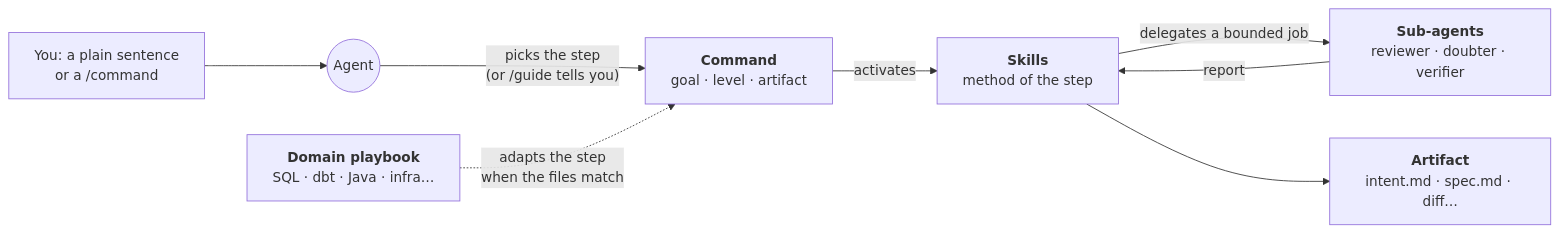
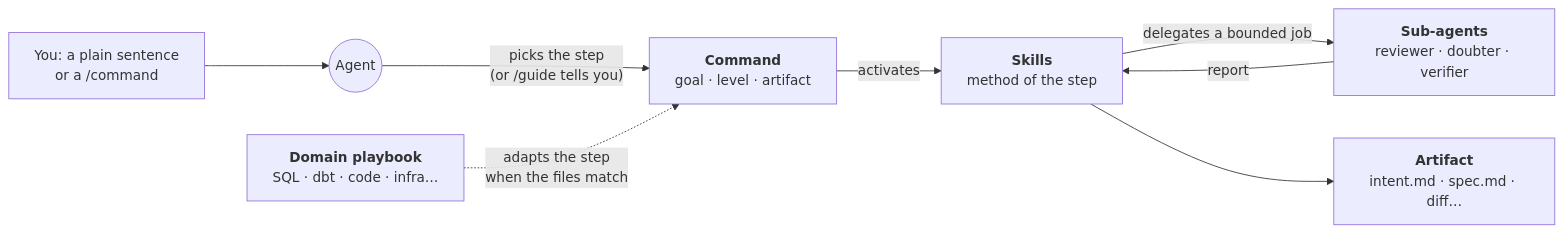
One commit to hachemsoft/ia-toolkit changed the second of 6 diagrams in docs/sdlc-workflow.md. Above: the diagram before and after it, drawn with Mermaid. The commit also changed other lines of this file and 16 other files, not shown here.

````diff
--- a/docs/sdlc-workflow.md
+++ b/docs/sdlc-workflow.md
@@ -70,10 +70,10 @@
 ```mermaid
 flowchart LR
     You["You: a plain sentence<br/>or a /command"] --> Agent(("Agent"))
     Agent -->|"picks the step<br/>(or /guide tells you)"| C["<b>Command</b><br/>goal · level · artifact"]
     C -->|activates| S["<b>Skills</b><br/>method of the step"]
-    PB["<b>Domain playbook</b><br/>SQL · dbt · Java · infra…"] -.->|"adapts the step<br/>when the files match"| C
+    PB["<b>Domain playbook</b><br/>SQL · dbt · code · infra…"] -.->|"adapts the step<br/>when the files match"| C
     S -->|delegates a bounded job| SA["<b>Sub-agents</b><br/>reviewer · doubter · verifier"]
     S --> A["<b>Artifact</b><br/>intent.md · spec.md · diff…"]
     SA -->|report| S
 ```
````
